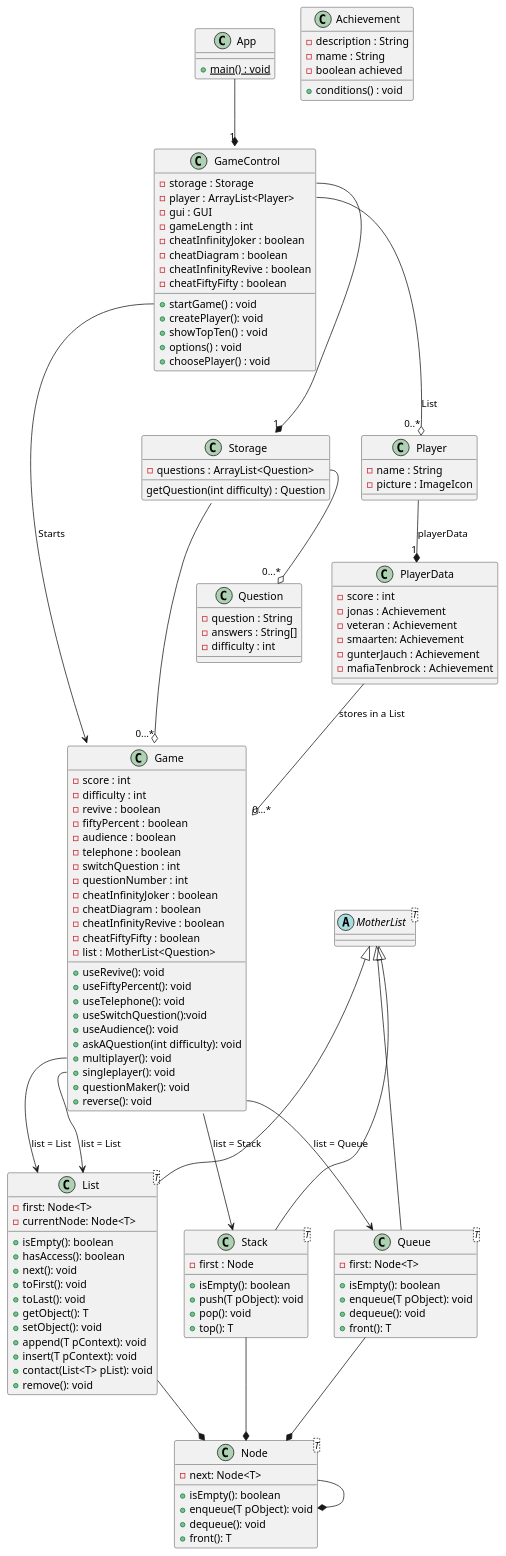
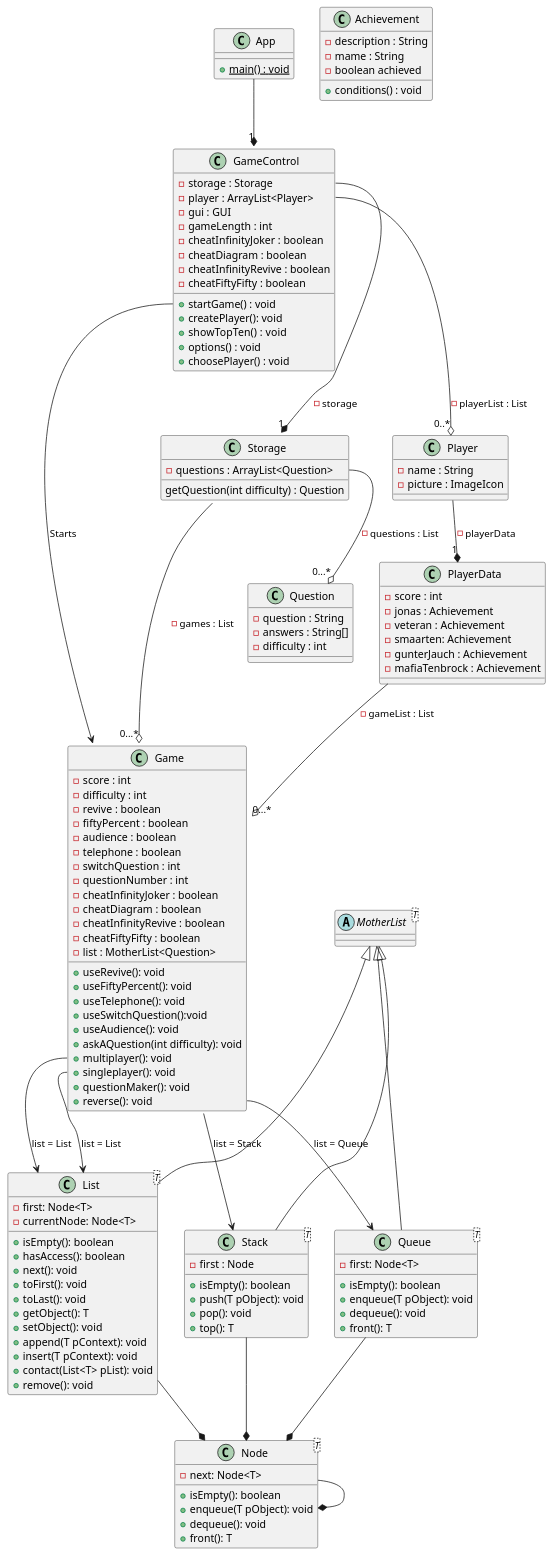
One commit to Stellaa1/dynamische-Datenstrukturen-Team-1 changed the diagram in doku/lastenheft/Diagramme/Klassendiagramm.puml. Above: the diagram before and after it, drawn with PlantUML.

Commit message:
Klassendiagramm added

```diff
--- a/doku/lastenheft/Diagramme/Klassendiagramm.puml
+++ b/doku/lastenheft/Diagramme/Klassendiagramm.puml
@@ -1,146 +1,146 @@
 @startuml
 'https://plantuml.com/class-diagram
 
 class App {
 +{static}main() : void
 }
 class Player{
 -name : String
 -picture : ImageIcon
 }
 class Game{
 -score : int
 -difficulty : int
 -revive : boolean
 -fiftyPercent : boolean
 -audience : boolean
 -telephone : boolean
 -switchQuestion : int
 -questionNumber : int
 -cheatInfinityJoker : boolean
 -cheatDiagram : boolean
 -cheatInfinityRevive : boolean
 -cheatFiftyFifty : boolean
 -list : MotherList<Question>
 
 +useRevive(): void
 +useFiftyPercent(): void
 +useTelephone(): void
 +useSwitchQuestion():void
 +useAudience(): void
 +askAQuestion(int difficulty): void
 +multiplayer(): void
 +singleplayer(): void
 +questionMaker(): void
 +reverse(): void
 
 }
 class Node<T>{
 -next: Node<T>
 
 +isEmpty(): boolean
 +enqueue(T pObject): void
 +dequeue(): void
 +front(): T
 }
 class GameControl{
 -storage : Storage
 -player : ArrayList<Player>
 -gui : GUI
 -gameLength : int
 -cheatInfinityJoker : boolean
 -cheatDiagram : boolean
 -cheatInfinityRevive : boolean
 -cheatFiftyFifty : boolean
 
 +startGame() : void
 +createPlayer(): void
 +showTopTen() : void
 +options() : void
 +choosePlayer() : void
 }
 class Question{
 -question : String
 -answers : String[]
 -difficulty : int
 }
 class PlayerData{
 - score : int
 - jonas : Achievement
 - veteran : Achievement
 - smaarten: Achievement
 - gunterJauch : Achievement
 - mafiaTenbrock : Achievement
 
 }
 abstract class MotherList<T>{
 
 }
 class Achievement{
 -description : String
 -mame : String
 -boolean achieved
 +conditions() : void
 }
 class Storage{
 -questions : ArrayList<Question>
 
 getQuestion(int difficulty) : Question
 }
 
 
 
 class Stack<T> extends MotherList{
 -first : Node
 
 +isEmpty(): boolean
 +push(T pObject): void
 +pop(): void
 +top(): T
 }
 class Queue<T> extends MotherList{
 -first: Node<T>
 
 +isEmpty(): boolean
 +enqueue(T pObject): void
 +dequeue(): void
 +front(): T
 }
 
 class List<T> extends MotherList{
 -first: Node<T>
 -currentNode: Node<T>
 
 +isEmpty(): boolean
 +hasAccess(): boolean
 +next(): void
 +toFirst(): void
 +toLast(): void
 +getObject(): T
 +setObject(): void
 +append(T pContext): void
 +insert(T pContext): void
 +contact(List<T> pList): void
 +remove(): void
 }
 List --* Node
 Stack --* Node
 Queue --* Node
 Node --* Node
 
-Storage::questions --o "0...*"Question
+Storage::questions --o "0...*"Question : -questions : List
 GameControl::startGame --> Game : Starts
 
-PlayerData --o "0...*"Game : stores in a List
-Player --* "1"PlayerData : playerData
+PlayerData --o "0...*"Game :  -gameList : List
+Player --* "1"PlayerData : -playerData
 Game::multiplayer --> List : list = List
 Game::singleplayer --> List : list = List
 Game::reverse --> Queue : list = Queue
 Game::questions --> Stack : list = Stack
-GameControl::storage --* "1"Storage
-GameControl::player --o "0..*"Player : List
-Storage::games --o "0...*"Game
+GameControl::storage --* "1"Storage: -storage
+GameControl::player --o "0..*"Player : -playerList : List
+Storage::games --o "0...*"Game : -games : List
 App --* "1"GameControl
 
 
 @enduml
```
